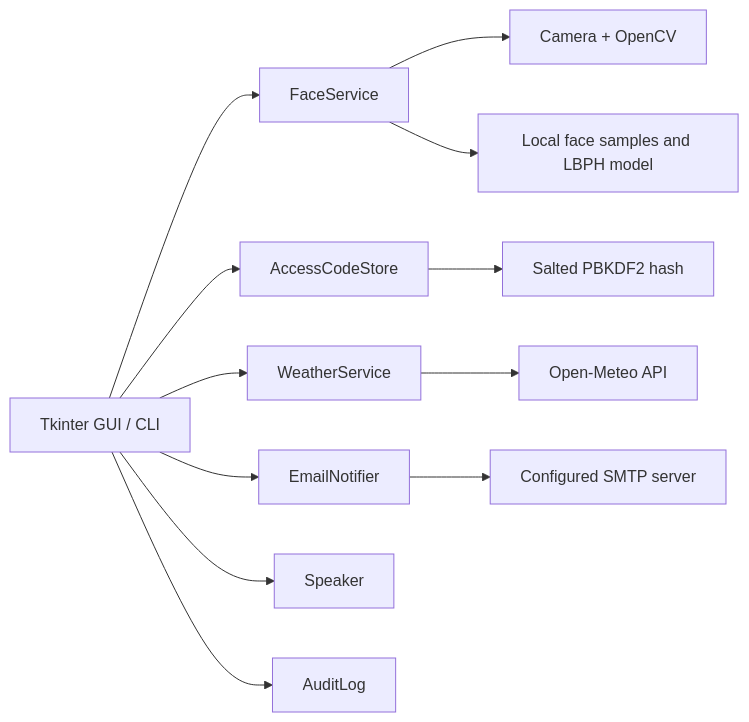
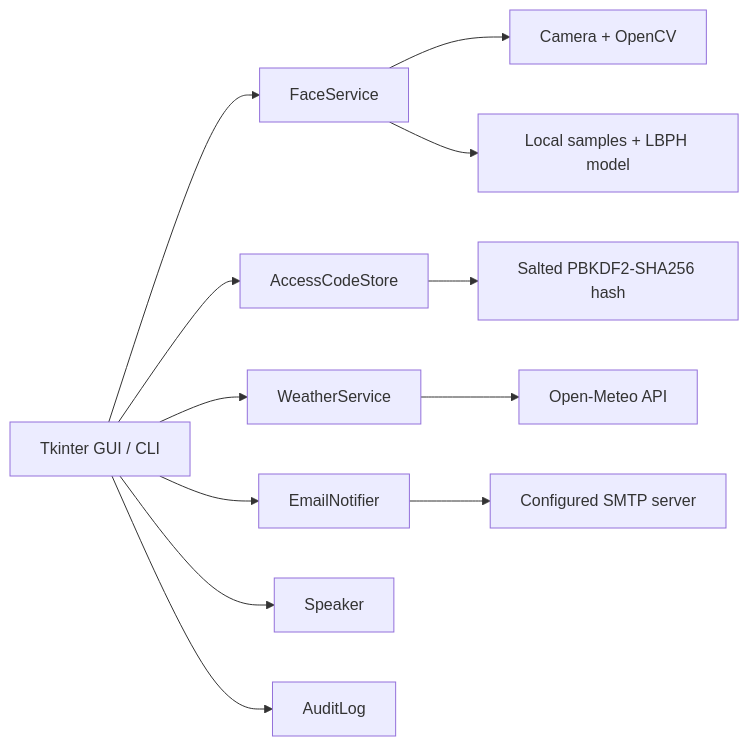
Before and after one commit to Fujizzz/smart-door-guardian: the diagram in README.md, drawn with Mermaid. The commit also changed other lines of this file and 7 other files, not shown here.

````diff
--- a/README.md
+++ b/README.md
@@ -31,14 +26,14 @@
 ```mermaid
 flowchart LR
     UI["Tkinter GUI / CLI"] --> FACE["FaceService"]
     UI --> PIN["AccessCodeStore"]
     UI --> WEATHER["WeatherService"]
     UI --> ALERT["EmailNotifier"]
     UI --> SPEECH["Speaker"]
     UI --> AUDIT["AuditLog"]
     FACE --> CAMERA["Camera + OpenCV"]
-    FACE --> PRIVATE["Local face samples and LBPH model"]
-    PIN --> HASH["Salted PBKDF2 hash"]
+    FACE --> PRIVATE["Local samples + LBPH model"]
+    PIN --> HASH["Salted PBKDF2-SHA256 hash"]
     WEATHER --> METEO["Open-Meteo API"]
     ALERT --> SMTP["Configured SMTP server"]
 ```
````
